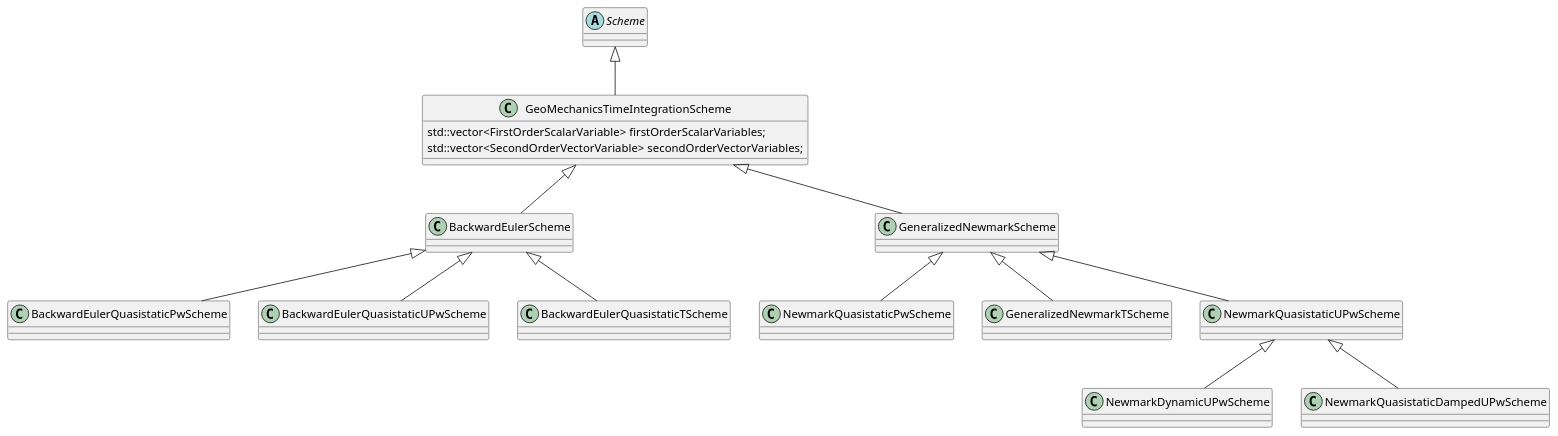
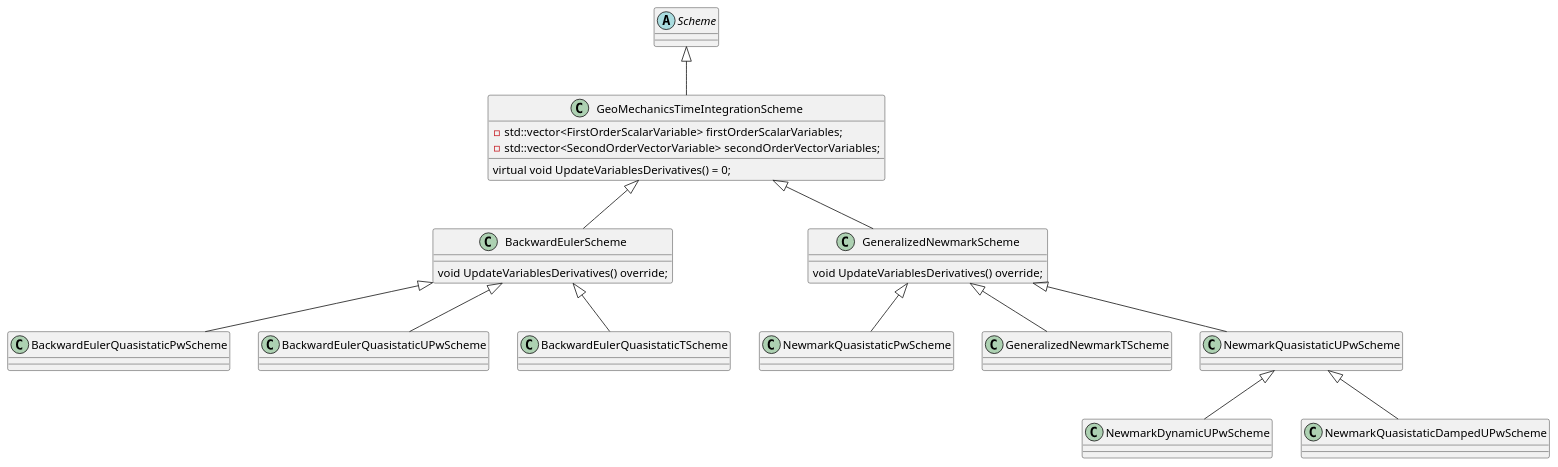
The diagram in applications/GeoMechanicsApplication/custom_strategies/schemes/SchemeStructure.puml (KratosMultiphysics/Kratos), drawn with PlantUML before and after one commit. The commit also changed 2 other files, not shown here.

```diff
--- a/applications/GeoMechanicsApplication/custom_strategies/schemes/SchemeStructure.puml
+++ b/applications/GeoMechanicsApplication/custom_strategies/schemes/SchemeStructure.puml
@@ -1,36 +1,44 @@
 @startuml
 'https://plantuml.com/class-diagram
 
 abstract class Scheme
 class GeoMechanicsTimeIntegrationScheme
 {
-    std::vector<FirstOrderScalarVariable> firstOrderScalarVariables;
-    std::vector<SecondOrderVectorVariable> secondOrderVectorVariables;
+    - std::vector<FirstOrderScalarVariable> firstOrderScalarVariables;
+    - std::vector<SecondOrderVectorVariable> secondOrderVectorVariables;
+
+    virtual void UpdateVariablesDerivatives() = 0;
 }
 Scheme <|-- GeoMechanicsTimeIntegrationScheme
 
 class BackwardEulerScheme
+{
+    void UpdateVariablesDerivatives() override;
+}
 class BackwardEulerQuasistaticPwScheme
 class BackwardEulerQuasistaticUPwScheme
 class BackwardEulerQuasistaticTScheme
 
 GeoMechanicsTimeIntegrationScheme <|-- BackwardEulerScheme
 BackwardEulerScheme <|-- BackwardEulerQuasistaticPwScheme
 BackwardEulerScheme <|-- BackwardEulerQuasistaticUPwScheme
 BackwardEulerScheme <|-- BackwardEulerQuasistaticTScheme
 
 class GeneralizedNewmarkScheme
+{
+    void UpdateVariablesDerivatives() override;
+}
 class NewmarkQuasistaticPwScheme
 class GeneralizedNewmarkTScheme
 class NewmarkQuasistaticUPwScheme
 class NewmarkDynamicUPwScheme
 class NewmarkQuasistaticDampedUPwScheme
 
 GeoMechanicsTimeIntegrationScheme <|-- GeneralizedNewmarkScheme
 GeneralizedNewmarkScheme <|-- NewmarkQuasistaticPwScheme
 GeneralizedNewmarkScheme <|-- GeneralizedNewmarkTScheme
 GeneralizedNewmarkScheme <|-- NewmarkQuasistaticUPwScheme
 NewmarkQuasistaticUPwScheme <|-- NewmarkDynamicUPwScheme
 NewmarkQuasistaticUPwScheme <|-- NewmarkQuasistaticDampedUPwScheme
 
 @enduml
```
